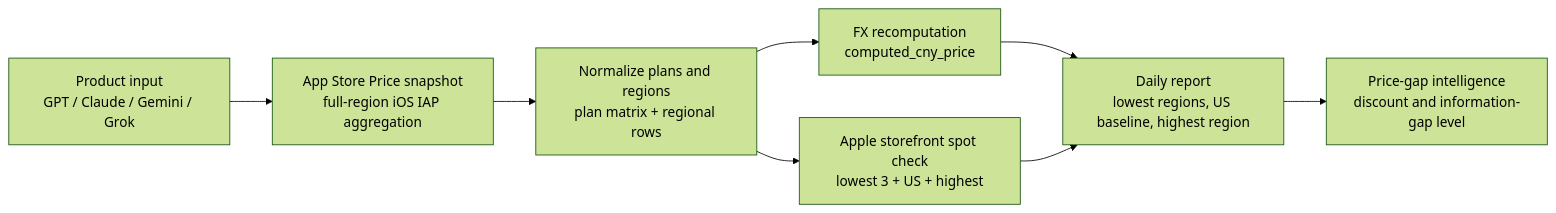
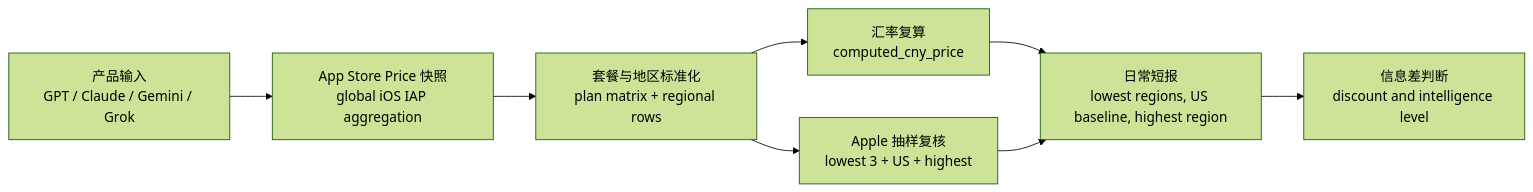
Before and after one commit to xiaomiaode001/ai-pricing-intelligence: the diagram in README.md, drawn with Mermaid (forest theme). The commit also changed other lines of this file and 1 other file, not shown here.

````diff
--- a/README.md
+++ b/README.md
@@ -62,10 +81,10 @@
 ```mermaid
 flowchart LR
-    A["Product input<br/>GPT / Claude / Gemini / Grok"] --> B["App Store Price snapshot<br/>full-region iOS IAP aggregation"]
-    B --> C["Normalize plans and regions<br/>plan matrix + regional rows"]
-    C --> D["FX recomputation<br/>computed_cny_price"]
-    C --> E["Apple storefront spot check<br/>lowest 3 + US + highest"]
-    D --> F["Daily report<br/>lowest regions, US baseline, highest region"]
+    A["产品输入<br/>GPT / Claude / Gemini / Grok"] --> B["App Store Price 快照<br/>global iOS IAP aggregation"]
+    B --> C["套餐与地区标准化<br/>plan matrix + regional rows"]
+    C --> D["汇率复算<br/>computed_cny_price"]
+    C --> E["Apple 抽样复核<br/>lowest 3 + US + highest"]
+    D --> F["日常短报<br/>lowest regions, US baseline, highest region"]
     E --> F
-    F --> G["Price-gap intelligence<br/>discount and information-gap level"]
+    F --> G["信息差判断<br/>discount and intelligence level"]
 ```
````
